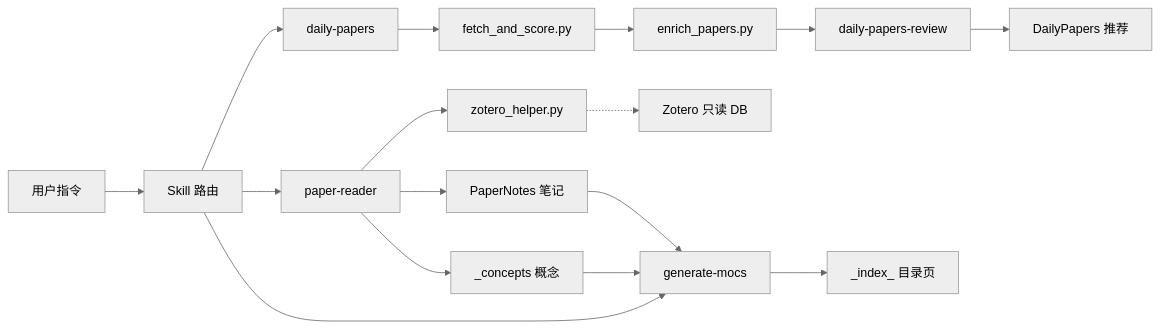
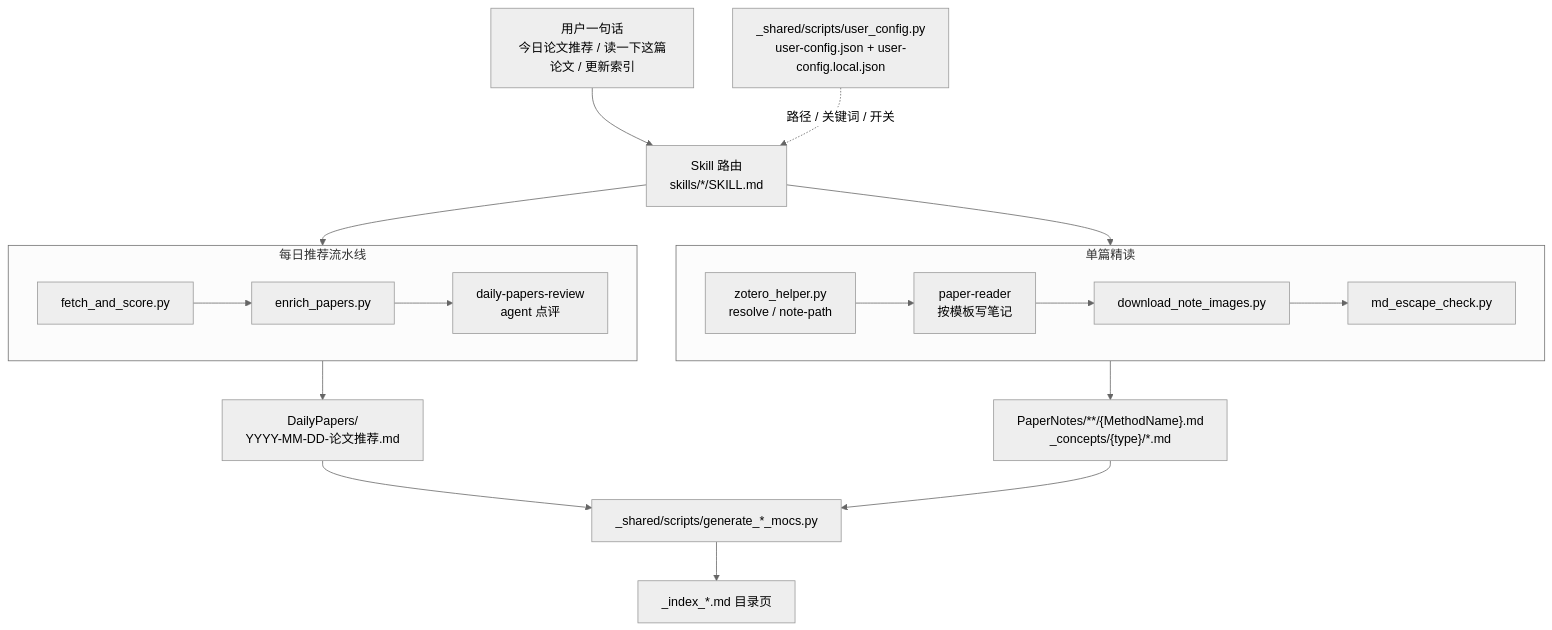
The first of 3 diagrams in ARCHITECTURE.md (BeenLi/arch-reading-skills), drawn with Mermaid (neutral theme) before and after one commit. The commit also changed other lines of this file, not shown here.

First line of the commit message:
docs: regenerate ARCHITECTURE.md with the writing-architecture-docs skill

````diff
--- a/ARCHITECTURE.md
+++ b/ARCHITECTURE.md
@@ -48,18 +36,22 @@
 ```mermaid
-flowchart LR
-    user["用户指令"] --> router["Skill 路由"]
-    router --> daily["daily-papers"]
-    daily --> fetch["fetch_and_score.py"]
-    fetch --> enrich["enrich_papers.py"]
-    enrich --> review["daily-papers-review"]
-    review --> dailyNote["DailyPapers 推荐"]
-    router --> reader["paper-reader"]
-    reader --> zotero["zotero_helper.py"]
-    zotero -.-> zoteroDb["Zotero 只读 DB"]
-    reader --> paperNote["PaperNotes 笔记"]
-    reader --> conceptNote["_concepts 概念"]
-    router --> mocs["generate-mocs"]
-    paperNote --> mocs
-    conceptNote --> mocs
-    mocs --> indexPages["_index_ 目录页"]
+flowchart TB
+    User["用户一句话<br/>今日论文推荐 / 读一下这篇论文 / 更新索引"] --> Router["Skill 路由<br/>skills/*/SKILL.md"]
+    Config["_shared/scripts/user_config.py<br/>user-config.json + user-config.local.json"] -. "路径 / 关键词 / 开关" .-> Router
+
+    subgraph Daily["每日推荐流水线"]
+        direction LR
+        Fetch["fetch_and_score.py"] --> Enrich["enrich_papers.py"] --> Review["daily-papers-review<br/>agent 点评"]
+    end
+    subgraph Reader["单篇精读"]
+        direction LR
+        Zotero["zotero_helper.py<br/>resolve / note-path"] --> Note["paper-reader<br/>按模板写笔记"] --> Images["download_note_images.py"] --> Escape["md_escape_check.py"]
+    end
+
+    Router --> Daily
+    Router --> Reader
+    Daily --> DailyNote["DailyPapers/<br/>YYYY-MM-DD-论文推荐.md"]
+    Reader --> PaperNote["PaperNotes/**/{MethodName}.md<br/>_concepts/{type}/*.md"]
+    DailyNote --> Mocs["_shared/scripts/generate_*_mocs.py"]
+    PaperNote --> Mocs
+    Mocs --> Index["_index_*.md 目录页"]
 ```
````
